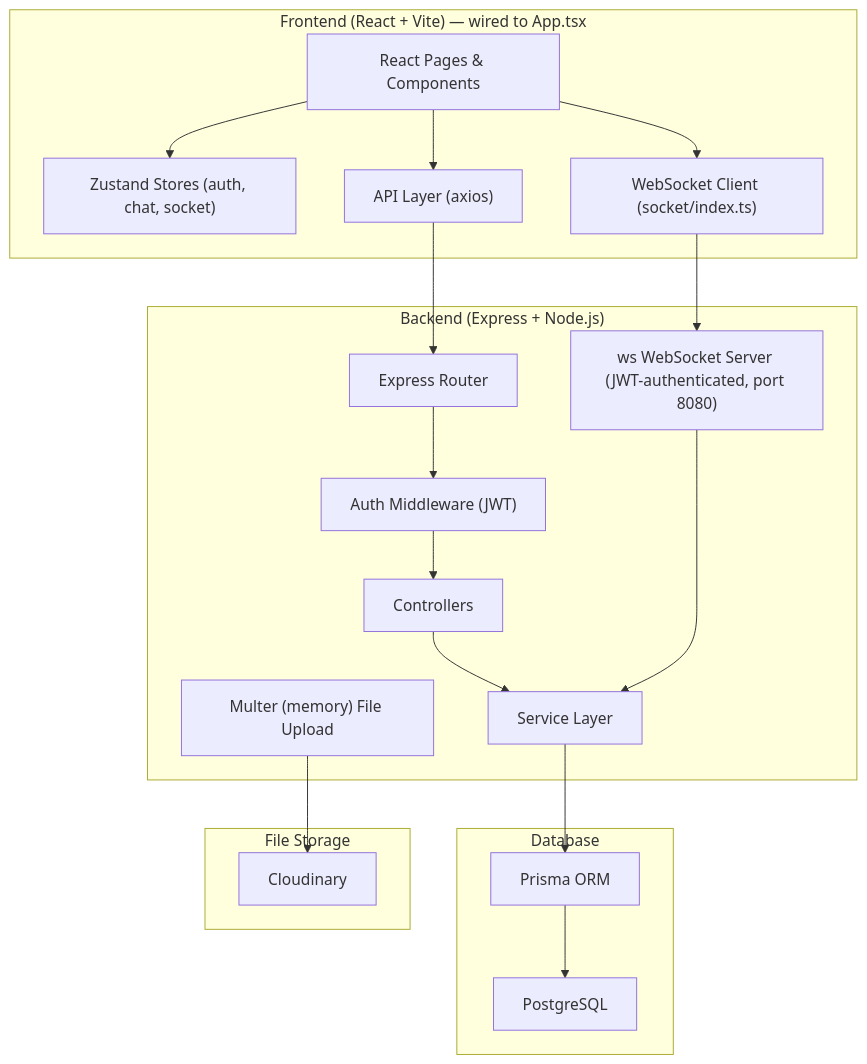
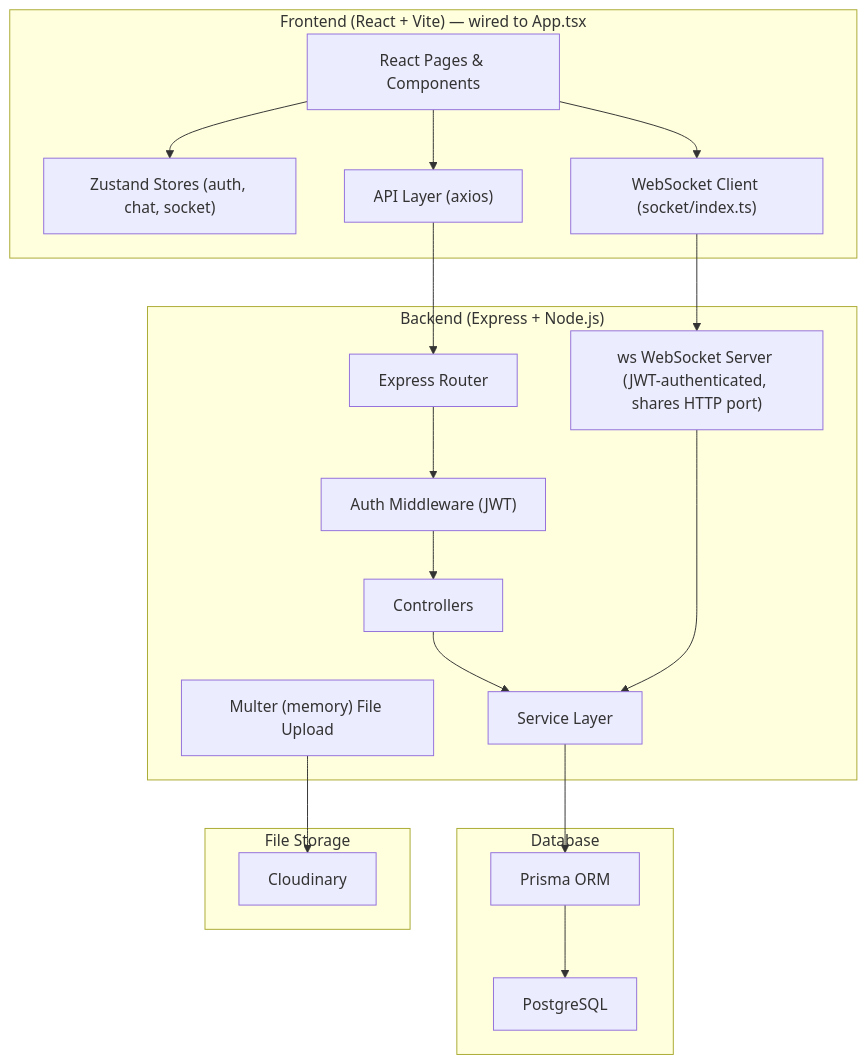
The first of 15 diagrams in README.md (TridibeshSam31/messaging-platform), drawn with Mermaid before and after one commit. The commit also changed other lines of this file, not shown here.

First line of the commit message:
Revise README for WebSocket integration and updates

````diff
--- a/README.md
+++ b/README.md
@@ -105,32 +105,32 @@
 ```mermaid
 graph TB
     subgraph Frontend ["Frontend (React + Vite) — wired to App.tsx"]
         UI["React Pages & Components"]
         Store["Zustand Stores (auth, chat, socket)"]
         API["API Layer (axios)"]
         WSClient["WebSocket Client (socket/index.ts)"]
     end
 
     subgraph Backend ["Backend (Express + Node.js)"]
         Router["Express Router"]
         Middleware["Auth Middleware (JWT)"]
         Controllers["Controllers"]
         Services["Service Layer"]
-        WSServer["ws WebSocket Server (JWT-authenticated, port 8080)"]
+        WSServer["ws WebSocket Server (JWT-authenticated, shares HTTP port)"]
         Upload["Multer (memory) File Upload"]
     end
 
     subgraph Database ["Database"]
         PG["PostgreSQL"]
         Prisma["Prisma ORM"]
     end
 
     subgraph Storage ["File Storage"]
         Cloudinary["Cloudinary"]
     end
 
     UI --> Store
     UI --> API --> Router --> Middleware --> Controllers --> Services --> Prisma --> PG
     UI --> WSClient --> WSServer --> Services
     Upload --> Cloudinary
 ```
````
